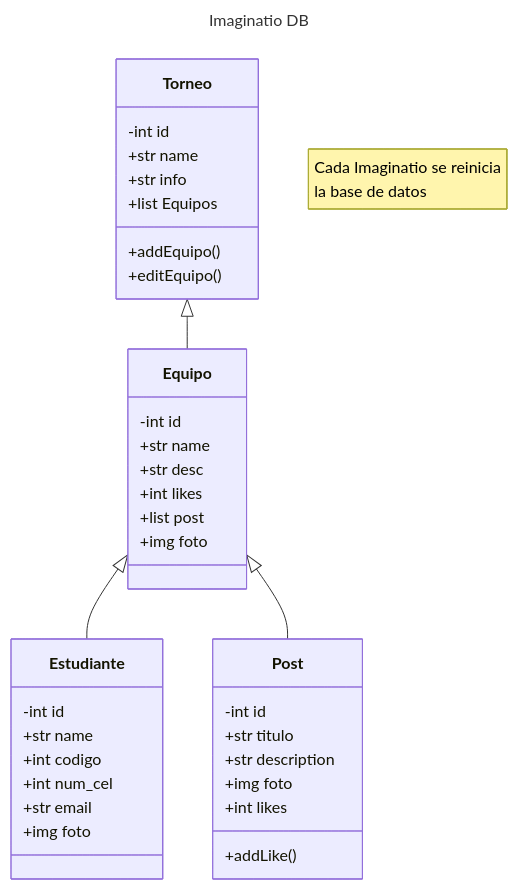
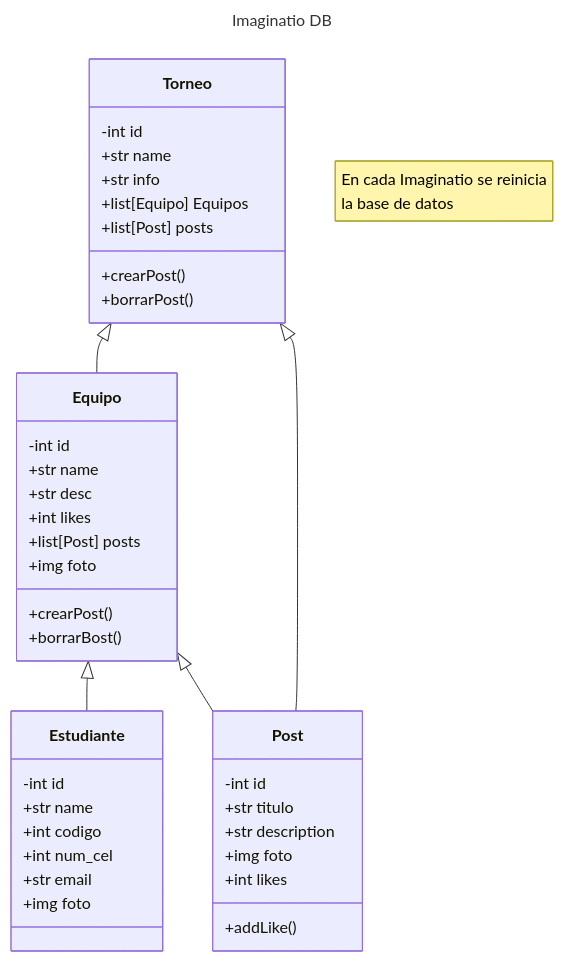
The diagram in docs/DATABASE.md (ZergioPC/UMNG_Imaginatio), drawn with Mermaid before and after one commit. The commit also changed 10 other files, not shown here.

Commit message:
FEATURE. Setup del backend con FastApi y diagramas sobre la arquitectura backend

````diff
--- a/docs/DATABASE.md
+++ b/docs/DATABASE.md
@@ -3,42 +3,46 @@
 ```mermaid
 ---
 title: Imaginatio DB
 ---
 classDiagram
     class Torneo{
         -int id
         +str name
         +str info
-        +list Equipos
-        +addEquipo()
-        +editEquipo()
+        +list[Equipo] Equipos
+        +list[Post] posts
+        +crearPost()
+        +borrarPost()
     }
     class Equipo{
         -int id
         +str name
         +str desc
         +int likes
-        +list post
+        +list[Post] posts
         +img foto
+        +crearPost()
+        +borrarBost()
     }
     class Estudiante{
         -int id
         +str name
         +int codigo
         +int num_cel
         +str email
         +img foto
     }
     class Post{
         -int id
         +str titulo
         +str description
         +img foto
         +int likes
         +addLike()
     }
     Equipo <|-- Estudiante
     Equipo <|-- Post
     Torneo <|-- Equipo
-    note "Cada Imaginatio se reinicia <br> la base de datos"
+    Torneo <|-- Post
+    note "En cada Imaginatio se reinicia <br> la base de datos"
 ```
````
